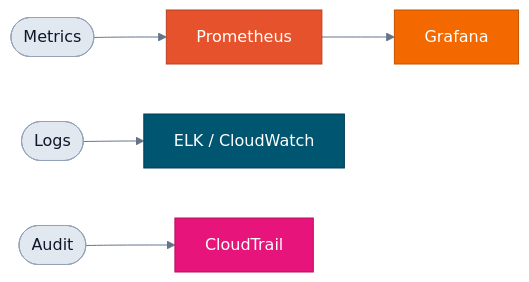
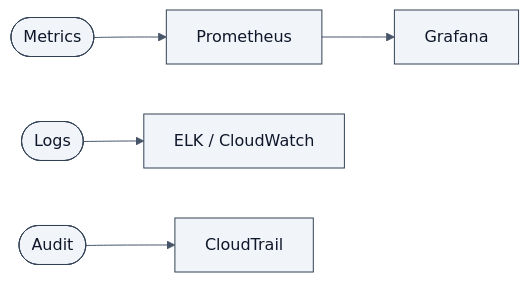
The sixth of 7 diagrams in README.md (Rohit-1920/Rohit-1920), drawn with Mermaid before and after one commit. The commit also changed other lines of this file, not shown here.

````diff
--- a/README.md
+++ b/README.md
@@ -415,17 +346,7 @@
 ```mermaid
-%%{init: {'theme':'base','themeVariables':{'fontFamily':'Inter, ui-sans-serif, system-ui, sans-serif','lineColor':'#64748B','primaryTextColor':'#FFFFFF'}}}%%
+%%{init: {'theme':'base','themeVariables':{'fontFamily':'Inter, ui-sans-serif, system-ui, sans-serif','primaryColor':'#F1F5F9','primaryBorderColor':'#334155','primaryTextColor':'#0F172A','lineColor':'#475569'}}}%%
 flowchart LR
   M(["Metrics"]) --> P["Prometheus"] --> G["Grafana"]
   L(["Logs"]) --> E["ELK / CloudWatch"]
   A(["Audit"]) --> C["CloudTrail"]
-  classDef prom fill:#E6522C,stroke:#B8411F,color:#FFFFFF
-  classDef graf fill:#F46800,stroke:#C25300,color:#FFFFFF
-  classDef elk fill:#005571,stroke:#003F54,color:#FFFFFF
-  classDef cw fill:#E7157B,stroke:#B80F62,color:#FFFFFF
-  classDef lbl fill:#E2E8F0,stroke:#94A3B8,color:#0F172A
-  class M,L,A lbl
-  class P prom
-  class G graf
-  class E elk
-  class C cw
 ```
````
